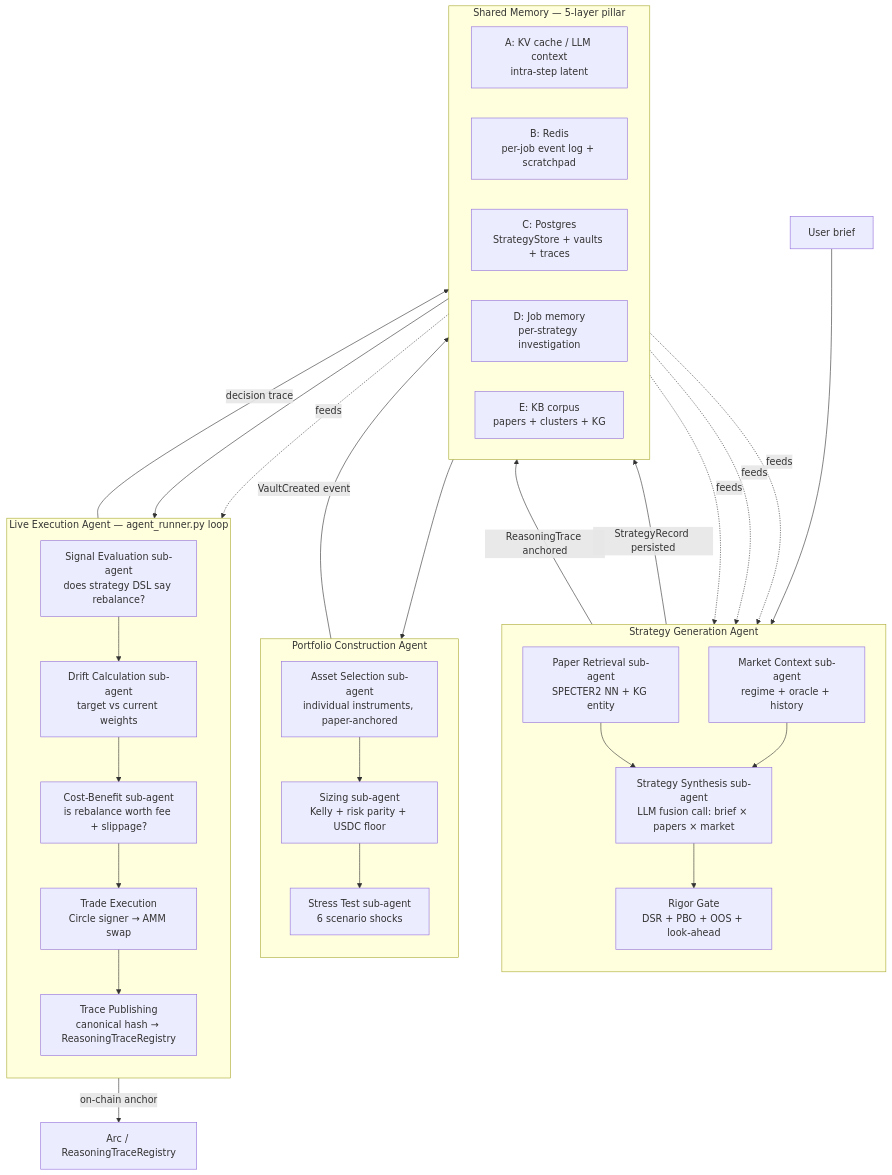
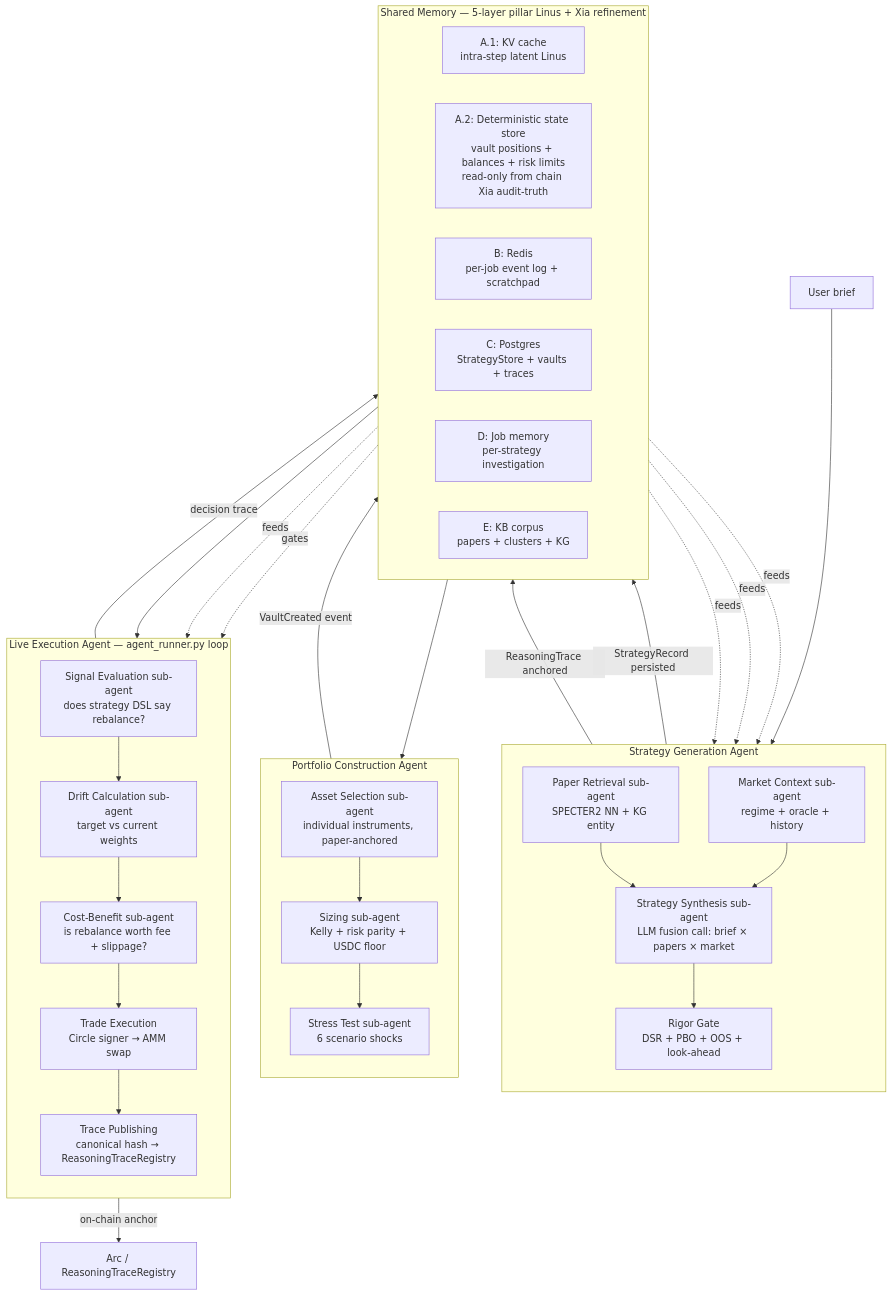
The second of 3 diagrams in docs/specs/launch-execution-plan-2026-05-23.md (mnemonik-dev/archimedes), drawn with Mermaid before and after one commit. The commit also changed other lines of this file, not shown here.

First line of the commit message:
[docs] Launch plan v3: Xia 2026 + StockBench 2026 fold-in

````diff
--- a/docs/specs/launch-execution-plan-2026-05-23.md
+++ b/docs/specs/launch-execution-plan-2026-05-23.md
@@ -307,55 +314,57 @@
 ```mermaid
 flowchart TB
   subgraph SG[Strategy Generation Agent]
     direction TB
     SG_PR[Paper Retrieval sub-agent<br/>SPECTER2 NN + KG entity]
     SG_MC[Market Context sub-agent<br/>regime + oracle + history]
     SG_SS[Strategy Synthesis sub-agent<br/>LLM fusion call: brief × papers × market]
     SG_RG[Rigor Gate<br/>DSR + PBO + OOS + look-ahead]
     SG_PR --> SG_SS
     SG_MC --> SG_SS
     SG_SS --> SG_RG
   end
 
   subgraph PC[Portfolio Construction Agent]
     direction TB
     PC_AS[Asset Selection sub-agent<br/>individual instruments, paper-anchored]
     PC_SZ[Sizing sub-agent<br/>Kelly + risk parity + USDC floor]
     PC_ST[Stress Test sub-agent<br/>6 scenario shocks]
     PC_AS --> PC_SZ
     PC_SZ --> PC_ST
   end
 
   subgraph LE[Live Execution Agent — agent_runner.py loop]
     direction TB
     LE_SE[Signal Evaluation sub-agent<br/>does strategy DSL say rebalance?]
     LE_DC[Drift Calculation sub-agent<br/>target vs current weights]
     LE_CB[Cost-Benefit sub-agent<br/>is rebalance worth fee + slippage?]
     LE_TX[Trade Execution<br/>Circle signer → AMM swap]
     LE_TP[Trace Publishing<br/>canonical hash → ReasoningTraceRegistry]
     LE_SE --> LE_DC --> LE_CB --> LE_TX --> LE_TP
   end
 
-  subgraph SM[Shared Memory — 5-layer pillar]
+  subgraph SM[Shared Memory — 5-layer pillar Linus + Xia refinement]
     direction LR
-    SM_A[A: KV cache / LLM context<br/>intra-step latent]
+    SM_A1[A.1: KV cache<br/>intra-step latent Linus]
+    SM_A2[A.2: Deterministic state store<br/>vault positions + balances + risk limits<br/>read-only from chain Xia audit-truth]
     SM_B[B: Redis<br/>per-job event log + scratchpad]
     SM_C[C: Postgres<br/>StrategyStore + vaults + traces]
     SM_D[D: Job memory<br/>per-strategy investigation]
     SM_E[E: KB corpus<br/>papers + clusters + KG]
   end
 
   USER[User brief] --> SG
   SG -- StrategyRecord persisted --> SM_C
   SG -- ReasoningTrace anchored --> SM_C
   SM_C --> PC
   PC -- VaultCreated event --> SM_C
   SM_C --> LE
   LE -- decision trace --> SM_C
   LE -- on-chain anchor --> ON[Arc / ReasoningTraceRegistry]
 
-  SM_A -.feeds.-> SG_SS
+  SM_A1 -.feeds.-> SG_SS
+  SM_A2 -.gates.-> LE_TX
   SM_E -.feeds.-> SG_PR
   SM_B -.feeds.-> SG_SS
   SM_D -.feeds.-> LE_CB
 ```
````
